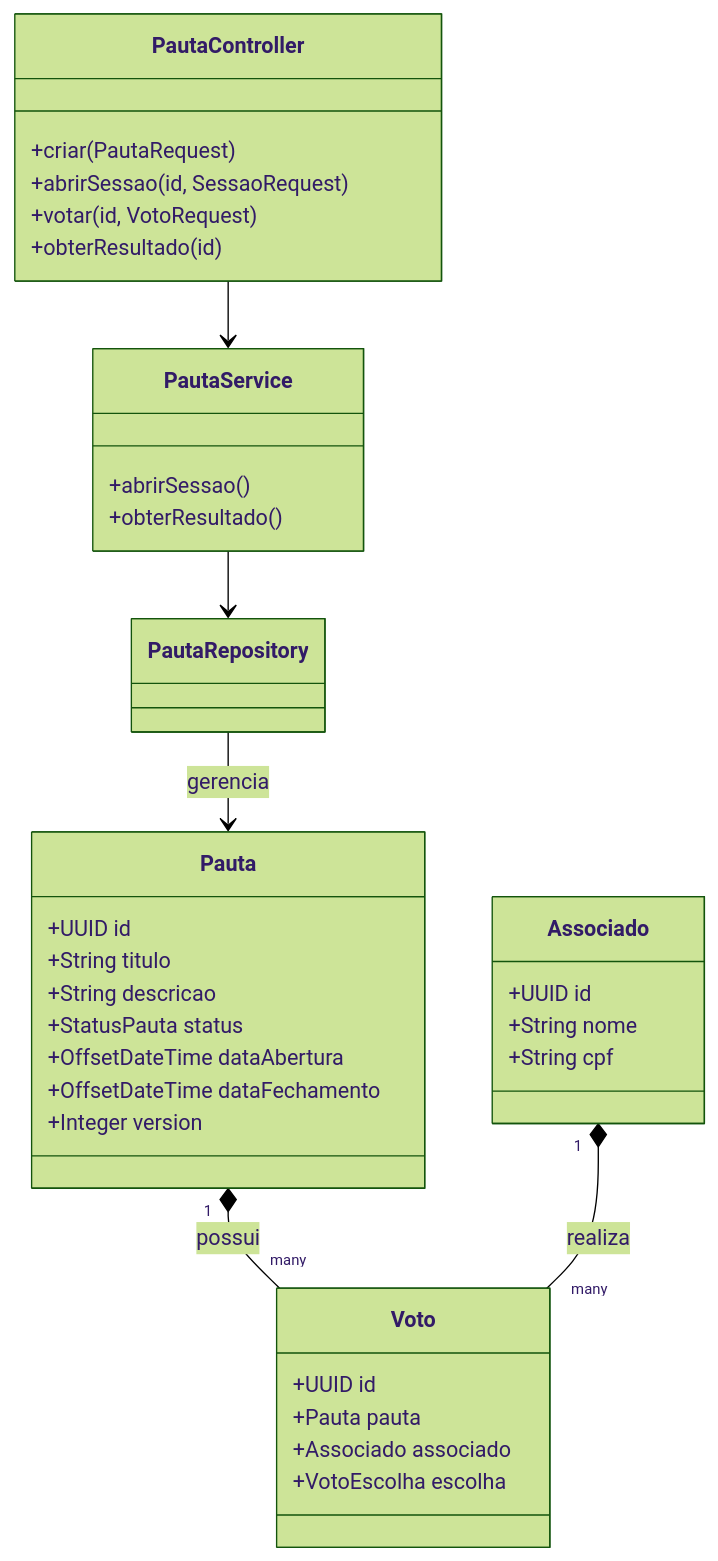
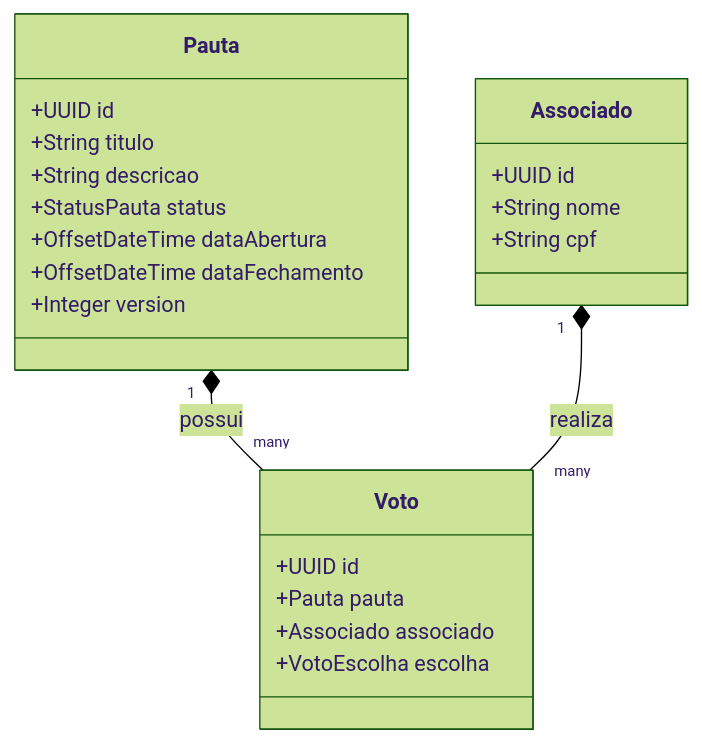
Before and after one commit to BrunoXL/desafio-votacao: the diagram in README.md, drawn with Mermaid (forest theme).

Commit message:
doc: documentação apenas do diagrama de classes

````diff
--- a/README.md
+++ b/README.md
@@ -70,45 +70,29 @@
 ```mermaid
 classDiagram
     direction TB
     class Pauta {
         +UUID id
         +String titulo
         +String descricao
         +StatusPauta status
         +OffsetDateTime dataAbertura
         +OffsetDateTime dataFechamento
         +Integer version
     }
 
     class Voto {
         +UUID id
         +Pauta pauta
         +Associado associado
         +VotoEscolha escolha
     }
 
     class Associado {
         +UUID id
         +String nome
         +String cpf
     }
 
     Pauta "1" *-- "many" Voto : possui
     Associado "1" *-- "many" Voto : realiza
-    
-    class PautaController {
-        +criar(PautaRequest)
-        +abrirSessao(id, SessaoRequest)
-        +votar(id, VotoRequest)
-        +obterResultado(id)
-    }
-    
-    class PautaService {
-        +abrirSessao()
-        +obterResultado()
-    }
-    
-    PautaController --> PautaService
-    PautaService --> PautaRepository
-    PautaRepository --> Pauta : gerencia
 ```
````
